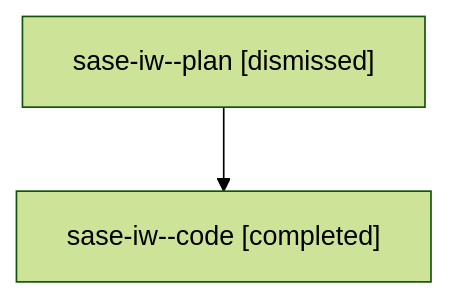
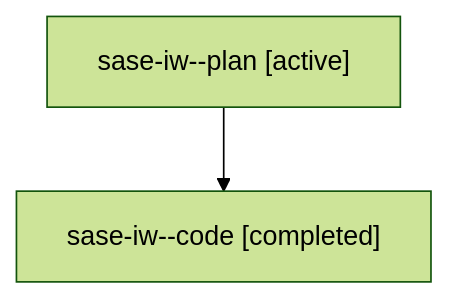
The diagram in families/bbugyi200.athena.sase-iw.md (sase-org/sase--agents), drawn with Mermaid (forest theme) before and after one commit. The commit also changed other lines of this file and 35830 other files, not shown here.

````diff
--- a/families/bbugyi200.athena.sase-iw.md
+++ b/families/bbugyi200.athena.sase-iw.md
@@ -9,6 +9,6 @@
 ```mermaid
 flowchart TD
-  n0["sase-iw--plan [dismissed]"]
+  n0["sase-iw--plan [active]"]
   n1["sase-iw--code [completed]"]
   n0 --> n1
 ```
````
